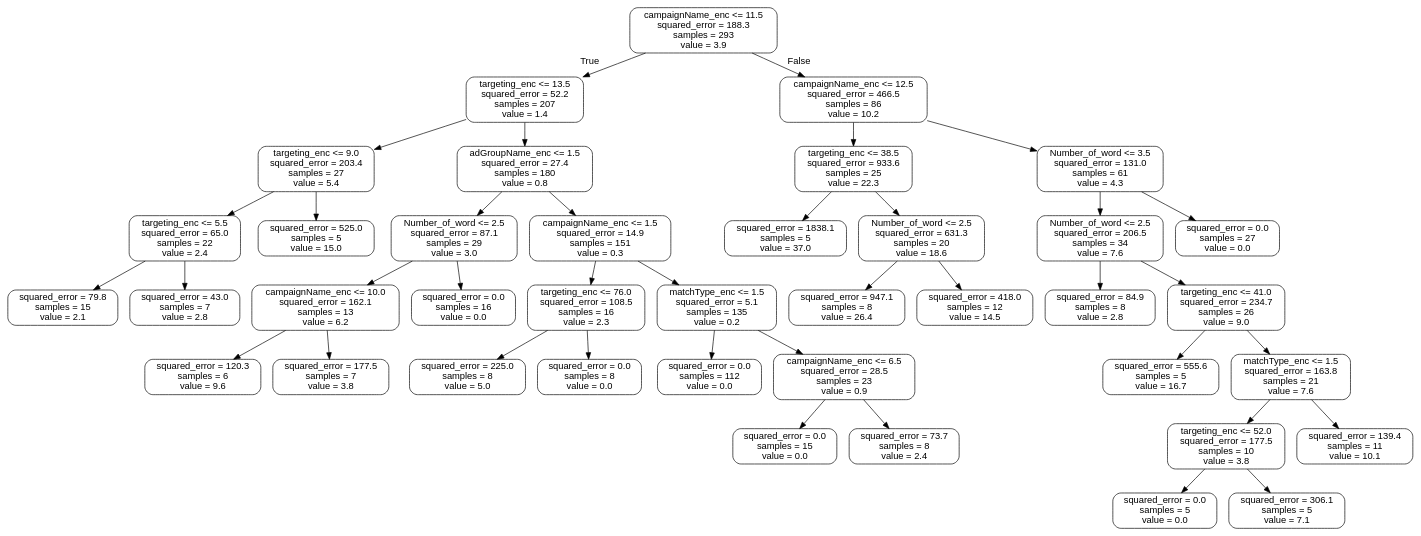
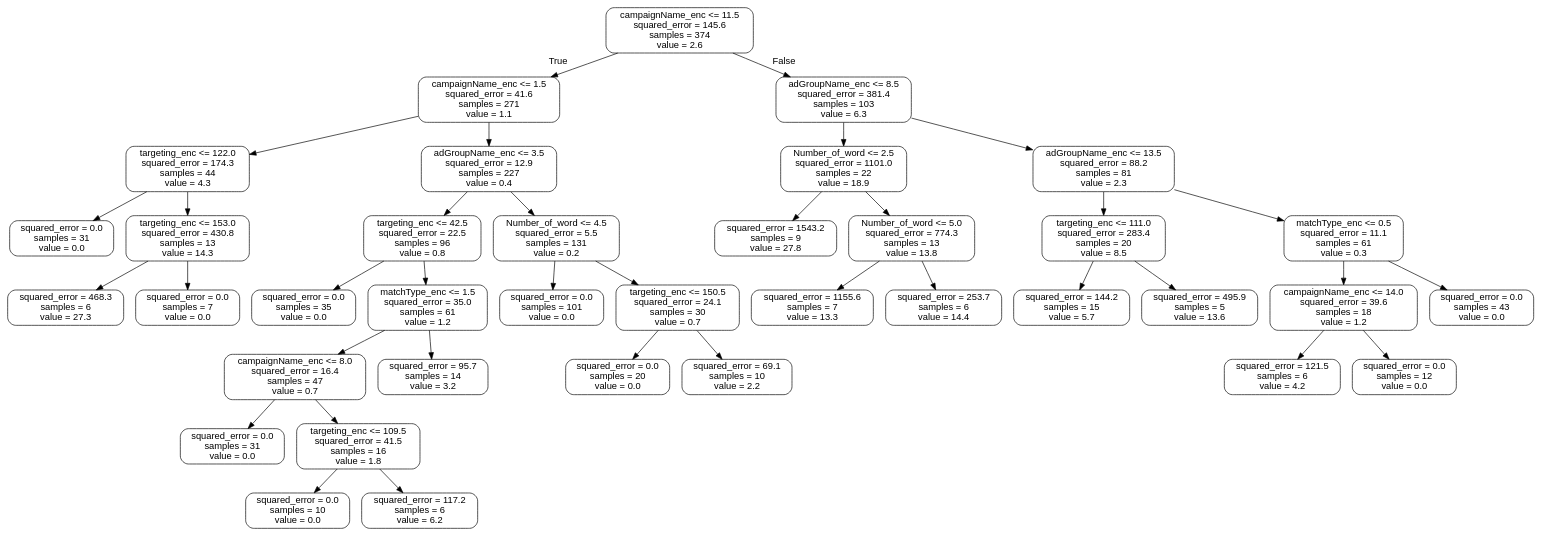
Before and after one commit to mike-lee-dev/ppc_api: the diagram in tree.dot, drawn with Graphviz. The commit also changed 14 other files, not shown here.

```diff
--- a/tree.dot
+++ b/tree.dot
@@ -1,81 +1,77 @@
 digraph Tree {
 node [shape=box, style="rounded", color="black", fontname="helvetica"] ;
 edge [fontname="helvetica"] ;
-0 [label="campaignName_enc <= 11.5\nsquared_error = 188.3\nsamples = 293\nvalue = 3.9"] ;
-1 [label="targeting_enc <= 13.5\nsquared_error = 52.2\nsamples = 207\nvalue = 1.4"] ;
+0 [label="campaignName_enc <= 11.5\nsquared_error = 145.6\nsamples = 374\nvalue = 2.6"] ;
+1 [label="campaignName_enc <= 1.5\nsquared_error = 41.6\nsamples = 271\nvalue = 1.1"] ;
 0 -> 1 [labeldistance=2.5, labelangle=45, headlabel="True"] ;
-2 [label="targeting_enc <= 9.0\nsquared_error = 203.4\nsamples = 27\nvalue = 5.4"] ;
+2 [label="targeting_enc <= 122.0\nsquared_error = 174.3\nsamples = 44\nvalue = 4.3"] ;
 1 -> 2 ;
-3 [label="targeting_enc <= 5.5\nsquared_error = 65.0\nsamples = 22\nvalue = 2.4"] ;
+3 [label="squared_error = 0.0\nsamples = 31\nvalue = 0.0"] ;
 2 -> 3 ;
-4 [label="squared_error = 79.8\nsamples = 15\nvalue = 2.1"] ;
-3 -> 4 ;
-5 [label="squared_error = 43.0\nsamples = 7\nvalue = 2.8"] ;
-3 -> 5 ;
-6 [label="squared_error = 525.0\nsamples = 5\nvalue = 15.0"] ;
-2 -> 6 ;
-7 [label="adGroupName_enc <= 1.5\nsquared_error = 27.4\nsamples = 180\nvalue = 0.8"] ;
+4 [label="targeting_enc <= 153.0\nsquared_error = 430.8\nsamples = 13\nvalue = 14.3"] ;
+2 -> 4 ;
+5 [label="squared_error = 468.3\nsamples = 6\nvalue = 27.3"] ;
+4 -> 5 ;
+6 [label="squared_error = 0.0\nsamples = 7\nvalue = 0.0"] ;
+4 -> 6 ;
+7 [label="adGroupName_enc <= 3.5\nsquared_error = 12.9\nsamples = 227\nvalue = 0.4"] ;
 1 -> 7 ;
-8 [label="Number_of_word <= 2.5\nsquared_error = 87.1\nsamples = 29\nvalue = 3.0"] ;
+8 [label="targeting_enc <= 42.5\nsquared_error = 22.5\nsamples = 96\nvalue = 0.8"] ;
 7 -> 8 ;
-9 [label="campaignName_enc <= 10.0\nsquared_error = 162.1\nsamples = 13\nvalue = 6.2"] ;
+9 [label="squared_error = 0.0\nsamples = 35\nvalue = 0.0"] ;
 8 -> 9 ;
-10 [label="squared_error = 120.3\nsamples = 6\nvalue = 9.6"] ;
-9 -> 10 ;
-11 [label="squared_error = 177.5\nsamples = 7\nvalue = 3.8"] ;
-9 -> 11 ;
-12 [label="squared_error = 0.0\nsamples = 16\nvalue = 0.0"] ;
-8 -> 12 ;
-13 [label="campaignName_enc <= 1.5\nsquared_error = 14.9\nsamples = 151\nvalue = 0.3"] ;
-7 -> 13 ;
-14 [label="targeting_enc <= 76.0\nsquared_error = 108.5\nsamples = 16\nvalue = 2.3"] ;
+10 [label="matchType_enc <= 1.5\nsquared_error = 35.0\nsamples = 61\nvalue = 1.2"] ;
+8 -> 10 ;
+11 [label="campaignName_enc <= 8.0\nsquared_error = 16.4\nsamples = 47\nvalue = 0.7"] ;
+10 -> 11 ;
+12 [label="squared_error = 0.0\nsamples = 31\nvalue = 0.0"] ;
+11 -> 12 ;
+13 [label="targeting_enc <= 109.5\nsquared_error = 41.5\nsamples = 16\nvalue = 1.8"] ;
+11 -> 13 ;
+14 [label="squared_error = 0.0\nsamples = 10\nvalue = 0.0"] ;
 13 -> 14 ;
-15 [label="squared_error = 225.0\nsamples = 8\nvalue = 5.0"] ;
-14 -> 15 ;
-16 [label="squared_error = 0.0\nsamples = 8\nvalue = 0.0"] ;
-14 -> 16 ;
-17 [label="matchType_enc <= 1.5\nsquared_error = 5.1\nsamples = 135\nvalue = 0.2"] ;
-13 -> 17 ;
-18 [label="squared_error = 0.0\nsamples = 112\nvalue = 0.0"] ;
+15 [label="squared_error = 117.2\nsamples = 6\nvalue = 6.2"] ;
+13 -> 15 ;
+16 [label="squared_error = 95.7\nsamples = 14\nvalue = 3.2"] ;
+10 -> 16 ;
+17 [label="Number_of_word <= 4.5\nsquared_error = 5.5\nsamples = 131\nvalue = 0.2"] ;
+7 -> 17 ;
+18 [label="squared_error = 0.0\nsamples = 101\nvalue = 0.0"] ;
 17 -> 18 ;
-19 [label="campaignName_enc <= 6.5\nsquared_error = 28.5\nsamples = 23\nvalue = 0.9"] ;
+19 [label="targeting_enc <= 150.5\nsquared_error = 24.1\nsamples = 30\nvalue = 0.7"] ;
 17 -> 19 ;
-20 [label="squared_error = 0.0\nsamples = 15\nvalue = 0.0"] ;
+20 [label="squared_error = 0.0\nsamples = 20\nvalue = 0.0"] ;
 19 -> 20 ;
-21 [label="squared_error = 73.7\nsamples = 8\nvalue = 2.4"] ;
+21 [label="squared_error = 69.1\nsamples = 10\nvalue = 2.2"] ;
 19 -> 21 ;
-22 [label="campaignName_enc <= 12.5\nsquared_error = 466.5\nsamples = 86\nvalue = 10.2"] ;
+22 [label="adGroupName_enc <= 8.5\nsquared_error = 381.4\nsamples = 103\nvalue = 6.3"] ;
 0 -> 22 [labeldistance=2.5, labelangle=-45, headlabel="False"] ;
-23 [label="targeting_enc <= 38.5\nsquared_error = 933.6\nsamples = 25\nvalue = 22.3"] ;
+23 [label="Number_of_word <= 2.5\nsquared_error = 1101.0\nsamples = 22\nvalue = 18.9"] ;
 22 -> 23 ;
-24 [label="squared_error = 1838.1\nsamples = 5\nvalue = 37.0"] ;
+24 [label="squared_error = 1543.2\nsamples = 9\nvalue = 27.8"] ;
 23 -> 24 ;
-25 [label="Number_of_word <= 2.5\nsquared_error = 631.3\nsamples = 20\nvalue = 18.6"] ;
+25 [label="Number_of_word <= 5.0\nsquared_error = 774.3\nsamples = 13\nvalue = 13.8"] ;
 23 -> 25 ;
-26 [label="squared_error = 947.1\nsamples = 8\nvalue = 26.4"] ;
+26 [label="squared_error = 1155.6\nsamples = 7\nvalue = 13.3"] ;
 25 -> 26 ;
-27 [label="squared_error = 418.0\nsamples = 12\nvalue = 14.5"] ;
+27 [label="squared_error = 253.7\nsamples = 6\nvalue = 14.4"] ;
 25 -> 27 ;
-28 [label="Number_of_word <= 3.5\nsquared_error = 131.0\nsamples = 61\nvalue = 4.3"] ;
+28 [label="adGroupName_enc <= 13.5\nsquared_error = 88.2\nsamples = 81\nvalue = 2.3"] ;
 22 -> 28 ;
-29 [label="Number_of_word <= 2.5\nsquared_error = 206.5\nsamples = 34\nvalue = 7.6"] ;
+29 [label="targeting_enc <= 111.0\nsquared_error = 283.4\nsamples = 20\nvalue = 8.5"] ;
 28 -> 29 ;
-30 [label="squared_error = 84.9\nsamples = 8\nvalue = 2.8"] ;
+30 [label="squared_error = 144.2\nsamples = 15\nvalue = 5.7"] ;
 29 -> 30 ;
-31 [label="targeting_enc <= 41.0\nsquared_error = 234.7\nsamples = 26\nvalue = 9.0"] ;
+31 [label="squared_error = 495.9\nsamples = 5\nvalue = 13.6"] ;
 29 -> 31 ;
-32 [label="squared_error = 555.6\nsamples = 5\nvalue = 16.7"] ;
-31 -> 32 ;
-33 [label="matchType_enc <= 1.5\nsquared_error = 163.8\nsamples = 21\nvalue = 7.6"] ;
-31 -> 33 ;
-34 [label="targeting_enc <= 52.0\nsquared_error = 177.5\nsamples = 10\nvalue = 3.8"] ;
+32 [label="matchType_enc <= 0.5\nsquared_error = 11.1\nsamples = 61\nvalue = 0.3"] ;
+28 -> 32 ;
+33 [label="campaignName_enc <= 14.0\nsquared_error = 39.6\nsamples = 18\nvalue = 1.2"] ;
+32 -> 33 ;
+34 [label="squared_error = 121.5\nsamples = 6\nvalue = 4.2"] ;
 33 -> 34 ;
-35 [label="squared_error = 0.0\nsamples = 5\nvalue = 0.0"] ;
-34 -> 35 ;
-36 [label="squared_error = 306.1\nsamples = 5\nvalue = 7.1"] ;
-34 -> 36 ;
-37 [label="squared_error = 139.4\nsamples = 11\nvalue = 10.1"] ;
-33 -> 37 ;
-38 [label="squared_error = 0.0\nsamples = 27\nvalue = 0.0"] ;
-28 -> 38 ;
+35 [label="squared_error = 0.0\nsamples = 12\nvalue = 0.0"] ;
+33 -> 35 ;
+36 [label="squared_error = 0.0\nsamples = 43\nvalue = 0.0"] ;
+32 -> 36 ;
 }
```
